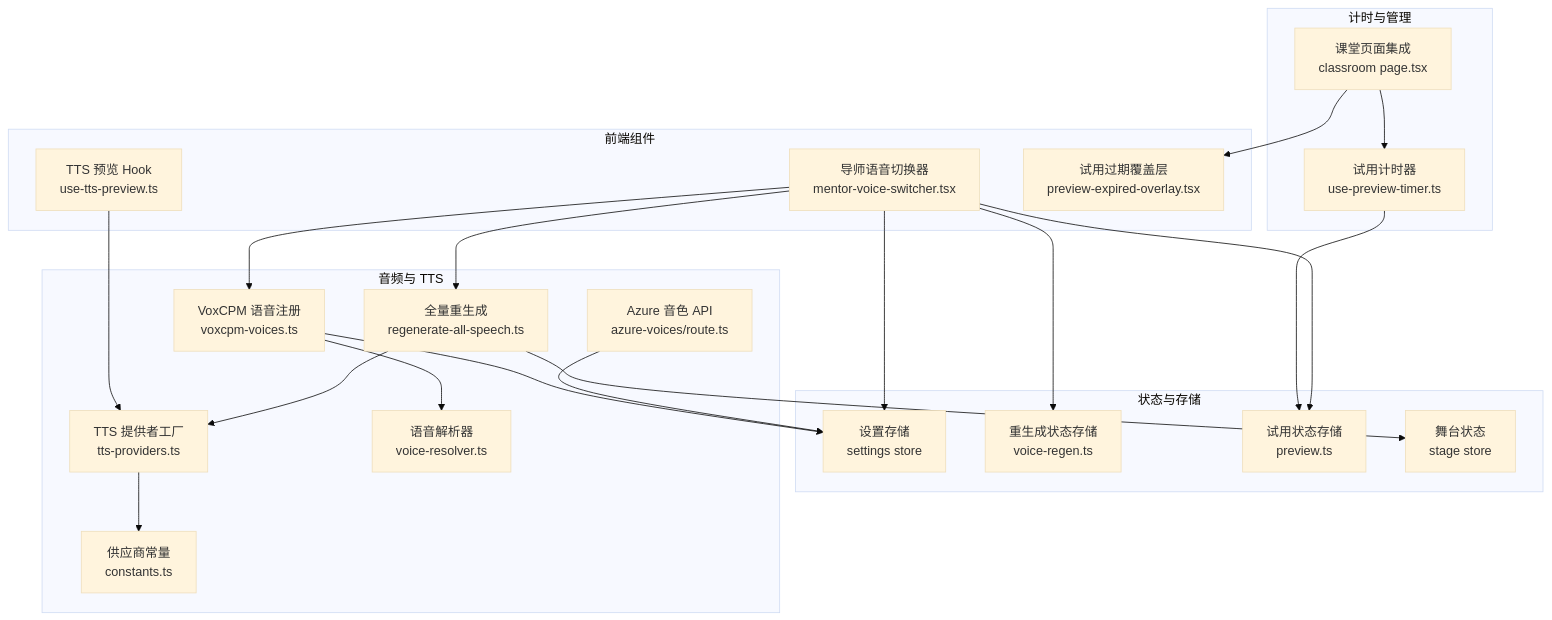
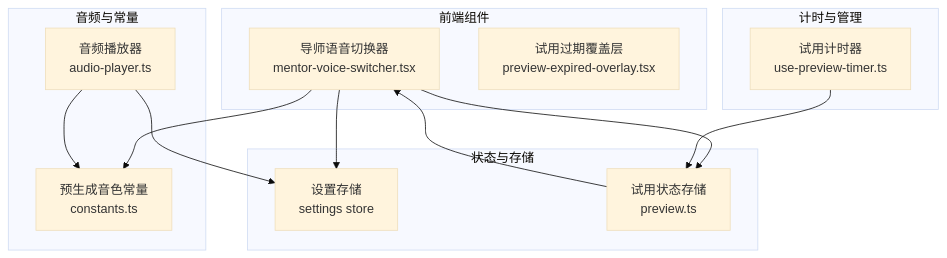
Before and after one commit to huangboheng/OpenMAIC: the fourth of 8 diagrams in .qoder/repowiki/zh/content/UI 组件系统/课堂播放组件/导师语音切换器组件.md, drawn with Mermaid (base theme). The commit also changed other lines of this file and 9 other files, not shown here.

````diff
--- a/.qoder/repowiki/zh/content/UI 组件系统/课堂播放组件/导师语音切换器组件.md
+++ b/.qoder/repowiki/zh/content/UI 组件系统/课堂播放组件/导师语音切换器组件.md
@@ -325,41 +209,25 @@
 ```mermaid
 graph TB
 subgraph "前端组件"
 VS["导师语音切换器<br/>mentor-voice-switcher.tsx"]
-PR["TTS 预览 Hook<br/>use-tts-preview.ts"]
 PEO["试用过期覆盖层<br/>preview-expired-overlay.tsx"]
 end
 subgraph "状态与存储"
 SS["设置存储<br/>settings store"]
-VR["重生成状态存储<br/>voice-regen.ts"]
 PS["试用状态存储<br/>preview.ts"]
-ST["舞台状态<br/>stage store"]
 end
-subgraph "音频与 TTS"
-RS["全量重生成<br/>regenerate-all-speech.ts"]
-TP["TTS 提供者工厂<br/>tts-providers.ts"]
-CT["供应商常量<br/>constants.ts"]
-AZ["Azure 音色 API<br/>azure-voices/route.ts"]
-VC["VoxCPM 语音注册<br/>voxcpm-voices.ts"]
-VR2["语音解析器<br/>voice-resolver.ts"]
+subgraph "音频与常量"
+CT["预生成音色常量<br/>constants.ts"]
+AP["音频播放器<br/>audio-player.ts"]
 end
 subgraph "计时与管理"
 PT["试用计时器<br/>use-preview-timer.ts"]
-CP["课堂页面集成<br/>classroom page.tsx"]
 end
 VS --> SS
-VS --> VR
 VS --> PS
-VS --> RS
-VS --> VC
-RS --> ST
-RS --> TP
-TP --> CT
-PR --> TP
-AZ --> SS
-VC --> SS
+VS --> CT
+AP --> SS
+AP --> CT
 PT --> PS
-CP --> PEO
-CP --> PT
-VC --> VR2
+PS --> VS
 ```
````
